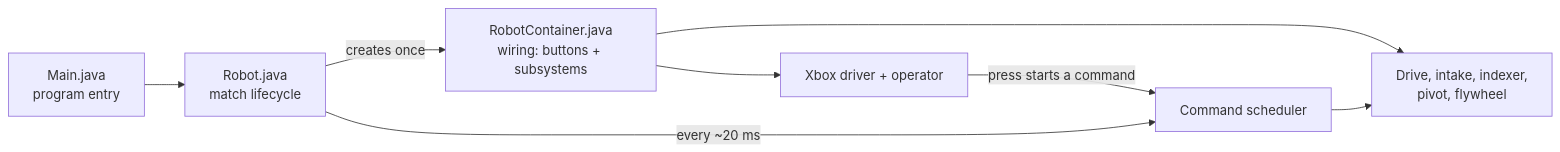
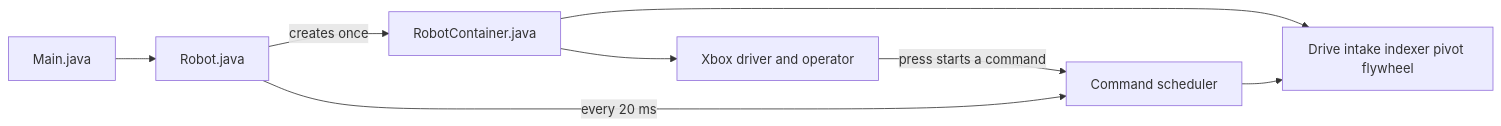
One commit to bemnet4u/frc2026 changed the first of 4 diagrams in README.md. Above: the diagram before and after it, drawn with Mermaid. The commit also changed other lines of this file, not shown here.

Commit message:
Simplify README Mermaid diagrams so they render in preview.

````diff
--- a/README.md
+++ b/README.md
@@ -66,10 +66,10 @@
 ```mermaid
 flowchart LR
-    Main["Main.java<br/>program entry"] --> Robot["Robot.java<br/>match lifecycle"]
-    Robot -->|creates once| Container["RobotContainer.java<br/>wiring: buttons + subsystems"]
-    Robot -->|every ~20 ms| Scheduler["Command scheduler"]
-    Container --> Subsystems["Drive, intake, indexer,<br/>pivot, flywheel"]
-    Container --> Buttons["Xbox driver + operator"]
+    Main[Main.java] --> Robot[Robot.java]
+    Robot -->|creates once| Container[RobotContainer.java]
+    Robot -->|every 20 ms| Scheduler[Command scheduler]
+    Container --> Subsystems[Drive intake indexer pivot flywheel]
+    Container --> Buttons[Xbox driver and operator]
     Buttons -->|press starts a command| Scheduler
     Scheduler --> Subsystems
 ```
````
